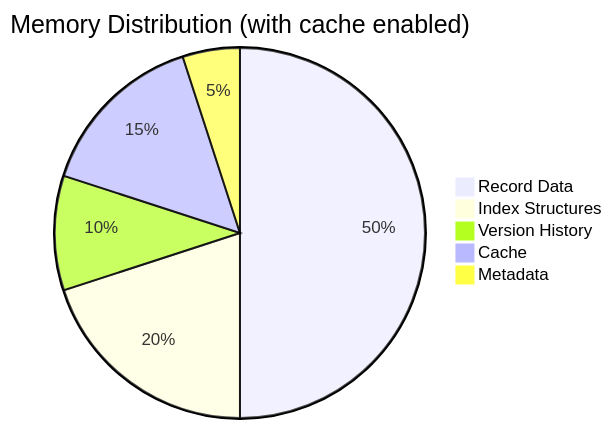
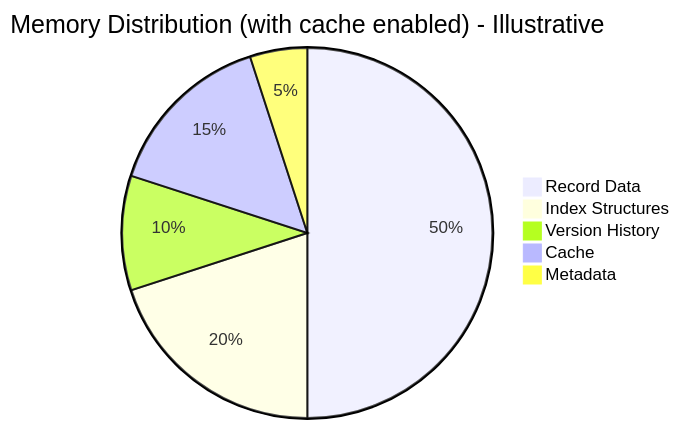
Before and after one commit to avoidwork/haro: the eighth of 9 diagrams in docs/TECHNICAL_DOCUMENTATION.md, drawn with Mermaid. The commit also changed other lines of this file, not shown here.

Commit message:
Update mermaid diagrams for accuracy

````diff
--- a/docs/TECHNICAL_DOCUMENTATION.md
+++ b/docs/TECHNICAL_DOCUMENTATION.md
@@ -459,8 +466,8 @@
 ```mermaid
-pie title Memory Distribution (with cache enabled)
+pie title Memory Distribution (with cache enabled) - Illustrative
     "Record Data" : 50
     "Index Structures" : 20
     "Version History" : 10
     "Cache" : 15
     "Metadata" : 5
 ```
````
